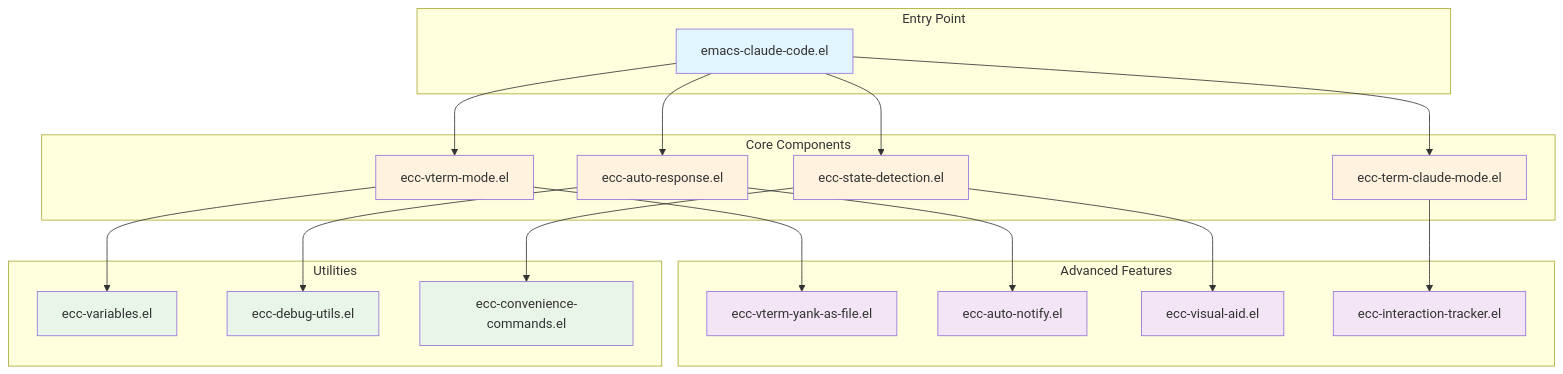
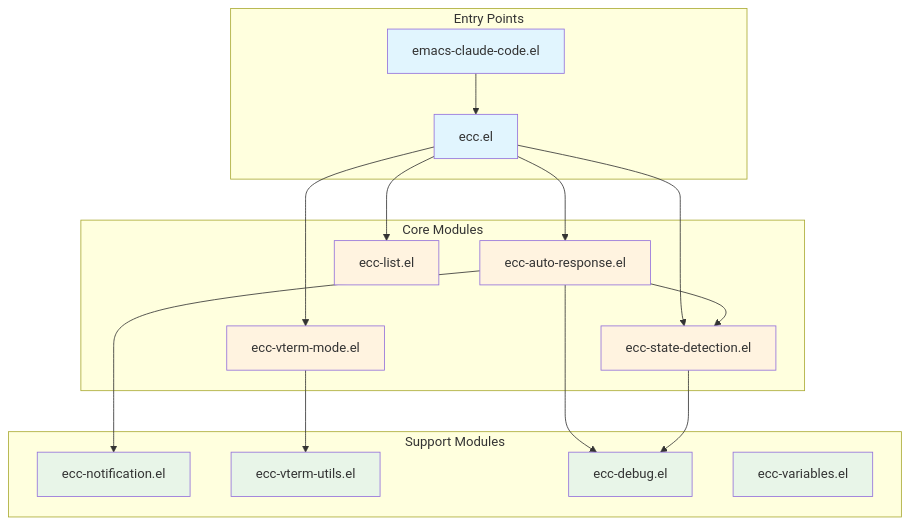
The diagram in README.md (ywatanabe1989/emacs-claude-code), drawn with Mermaid before and after one commit. The commit also changed other lines of this file, not shown here.

Commit message:
docs: Update README.md to reflect simplified codebase
- Update architecture diagram to show new module structure
- List only the exposed public functions (ecc-auto-toggle, ecc-list-buffers, etc.)
- Add Key Features section highlighting main capabilities
- Remove references to deleted modules
- Simplify documentation links to match available features

🤖 Generated with [Claude Code](https://claude.ai/code)

````diff
--- a/README.md
+++ b/README.md
@@ -14,48 +14,40 @@
 ```mermaid
 graph TD
-    subgraph "Entry Point"
+    subgraph "Entry Points"
         A[emacs-claude-code.el]
+        B[ecc.el]
     end
     
-    subgraph "Core Components"
-        B[ecc-vterm-mode.el]
+    subgraph "Core Modules"
         C[ecc-auto-response.el]
         D[ecc-state-detection.el]
-        E[ecc-term-claude-mode.el]
+        E[ecc-vterm-mode.el]
+        F[ecc-list.el]
     end
     
-    subgraph "Advanced Features"
-        F[ecc-vterm-yank-as-file.el]
-        G[ecc-auto-notify.el]
-        H[ecc-visual-aid.el]
-        I[ecc-interaction-tracker.el]
-    end
-    
-    subgraph "Utilities"
+    subgraph "Support Modules"
+        G[ecc-notification.el]
+        H[ecc-vterm-utils.el]
+        I[ecc-debug.el]
         J[ecc-variables.el]
-        K[ecc-debug-utils.el]
-        L[ecc-convenience-commands.el]
     end
     
     A --> B
-    A --> C
-    A --> D
-    A --> E
+    B --> C
+    B --> D
+    B --> E
     B --> F
+    C --> D
     C --> G
-    D --> H
-    E --> I
-    B --> J
-    C --> K
-    D --> L
+    E --> H
+    C --> I
+    D --> I
     
     classDef entry fill:#e1f5fe
     classDef core fill:#fff3e0
-    classDef advanced fill:#f3e5f5
-    classDef utility fill:#e8f5e8
+    classDef support fill:#e8f5e8
     
-    class A entry
-    class B,C,D,E core
-    class F,G,H,I advanced
-    class J,K,L utility
+    class A,B entry
+    class C,D,E,F core
+    class G,H,I,J support
 ```
````
